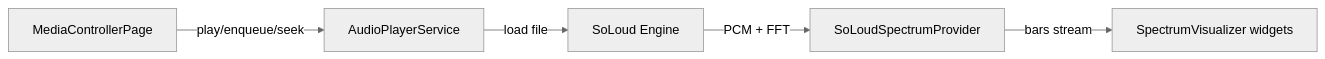
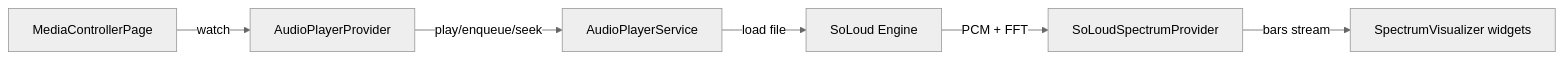
One commit to maxim-saplin/nothingness changed the first of 2 diagrams in docs/architecture/audio-playback-spectrum.md. Above: the diagram before and after it, drawn with Mermaid (neutral theme). The commit also changed other lines of this file and 13 other files, not shown here.

````diff
--- a/docs/architecture/audio-playback-spectrum.md
+++ b/docs/architecture/audio-playback-spectrum.md
@@ -19,7 +20,8 @@
 ```mermaid
 flowchart LR
-    UI[MediaControllerPage] -->|play/enqueue/seek| Player[AudioPlayerService]
+  UI[MediaControllerPage] -->|watch| Provider[AudioPlayerProvider]
+  Provider -->|play/enqueue/seek| Player[AudioPlayerService]
     Player -->|load file| SoLoud[SoLoud Engine]
     SoLoud -->|PCM + FFT| Spectrum[SoLoudSpectrumProvider]
     Spectrum -->|bars stream| Visualizer[SpectrumVisualizer widgets]
 ```
````
